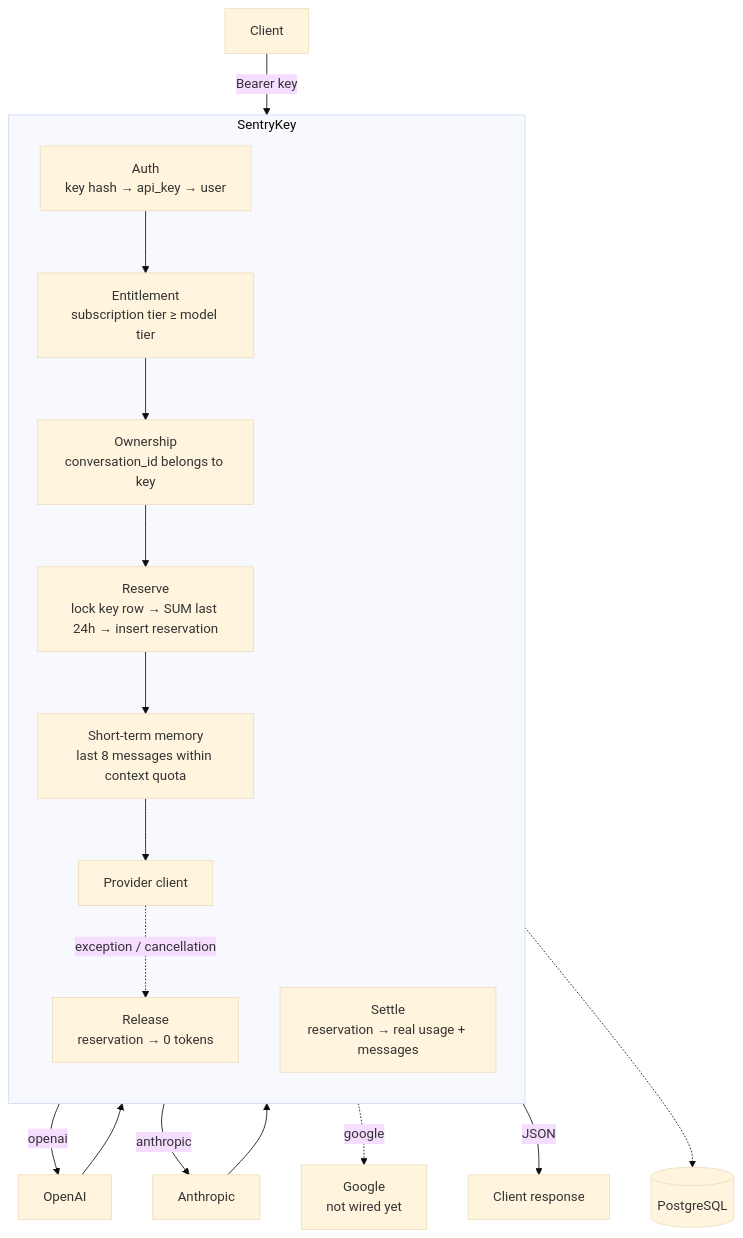
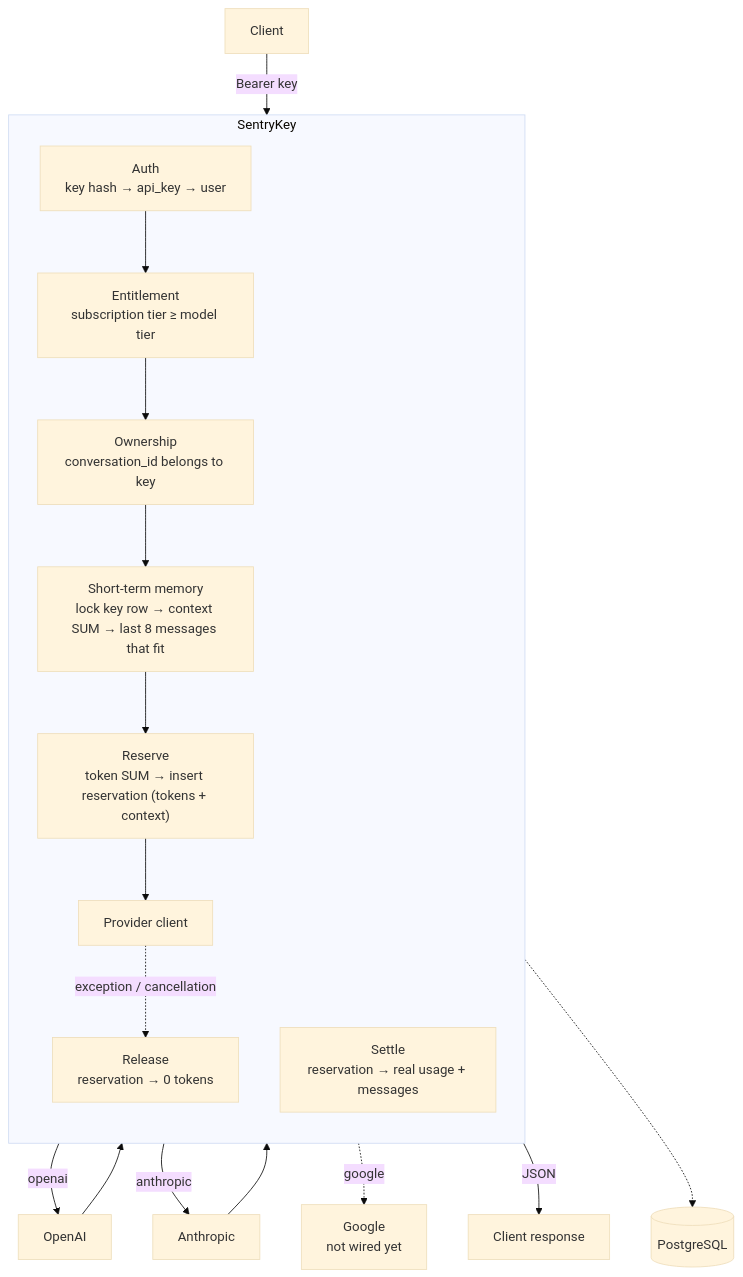
Before and after one commit to goutham-226/SentryKey: the diagram in README.md, drawn with Mermaid (base theme). The commit also changed other lines of this file, not shown here.

````diff
--- a/README.md
+++ b/README.md
@@ -74,33 +74,33 @@
 ```mermaid
 flowchart TB
     C[Client]
 
     subgraph GW["SentryKey"]
         direction TB
         AUTH["Auth<br/>key hash → api_key → user"]
         ENT["Entitlement<br/>subscription tier ≥ model tier"]
         OWN["Ownership<br/>conversation_id belongs to key"]
-        QUOTA["Reserve<br/>lock key row → SUM last 24h → insert reservation"]
-        CTX["Short-term memory<br/>last 8 messages within context quota"]
+        CTX["Short-term memory<br/>lock key row → context SUM → last 8 messages that fit"]
+        QUOTA["Reserve<br/>token SUM → insert reservation (tokens + context)"]
         PROV["Provider client"]
         SETTLE["Settle<br/>reservation → real usage + messages"]
         REL["Release<br/>reservation → 0 tokens"]
     end
 
     OAI["OpenAI"]
     ANT["Anthropic"]
     GEM["Google<br/>not wired yet"]
     R[Client response]
     PG[("PostgreSQL")]
 
-    C -->|Bearer key| AUTH --> ENT --> OWN --> QUOTA --> CTX --> PROV
+    C -->|Bearer key| AUTH --> ENT --> OWN --> CTX --> QUOTA --> PROV
     PROV -->|openai| OAI
     PROV -->|anthropic| ANT
     PROV -.->|google| GEM
     OAI --> SETTLE
     ANT --> SETTLE
     SETTLE -->|JSON| R
     PROV -.->|exception / cancellation| REL
 
     GW -.-> PG
 ```
````
